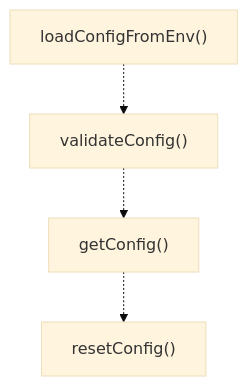
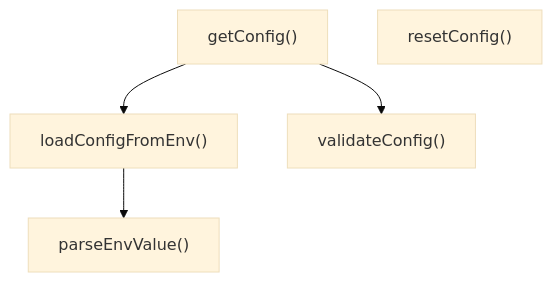
One commit to Mekann2904/mekann changed the second of 3 diagrams in ABDD/.pi/lib/comprehensive-logger-config.md. Above: the diagram before and after it, drawn with Mermaid (base theme). The commit also changed other lines of this file and 277 other files, not shown here.

````diff
--- a/ABDD/.pi/lib/comprehensive-logger-config.md
+++ b/ABDD/.pi/lib/comprehensive-logger-config.md
@@ -48,10 +48,11 @@
 ```mermaid
 flowchart TD
+  getConfig["getConfig()"]
   loadConfigFromEnv["loadConfigFromEnv()"]
+  parseEnvValue["parseEnvValue()"]
+  resetConfig["resetConfig()"]
   validateConfig["validateConfig()"]
-  getConfig["getConfig()"]
-  resetConfig["resetConfig()"]
-  loadConfigFromEnv -.-> validateConfig
-  validateConfig -.-> getConfig
-  getConfig -.-> resetConfig
+  getConfig --> loadConfigFromEnv
+  getConfig --> validateConfig
+  loadConfigFromEnv --> parseEnvValue
 ```
````
